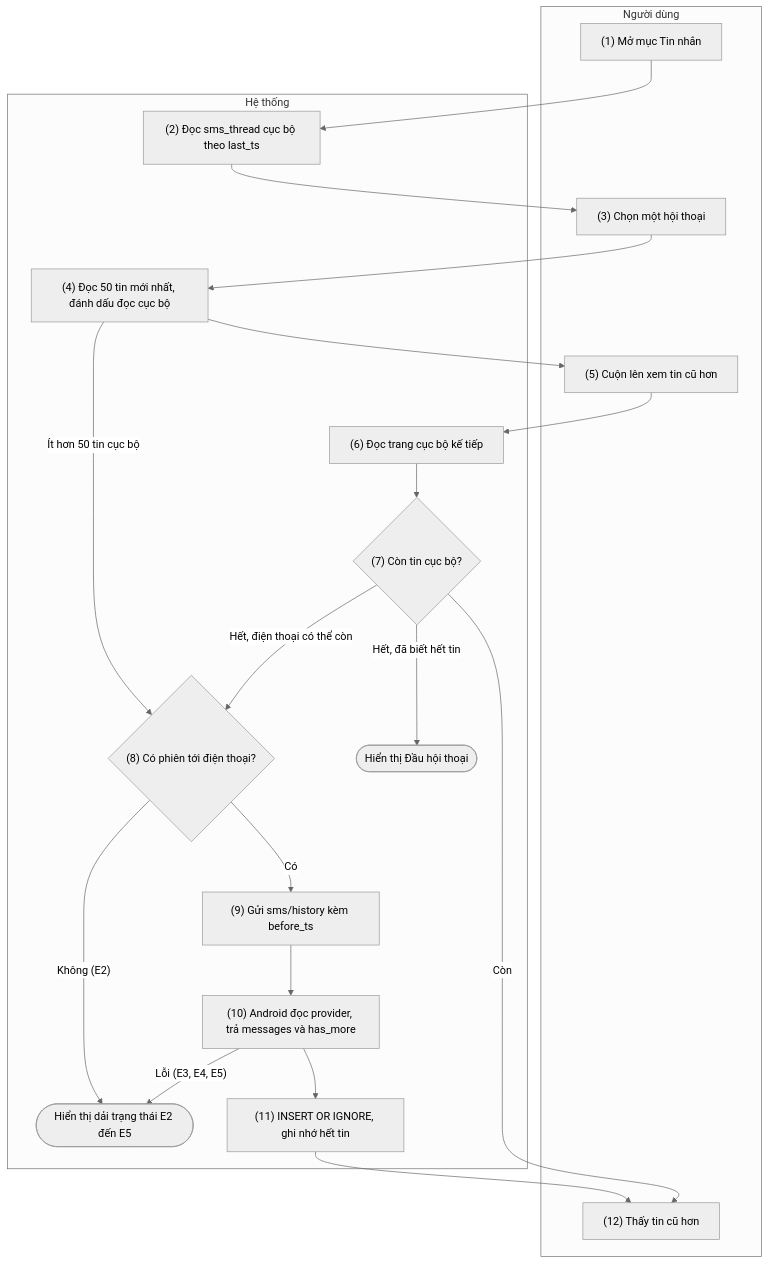
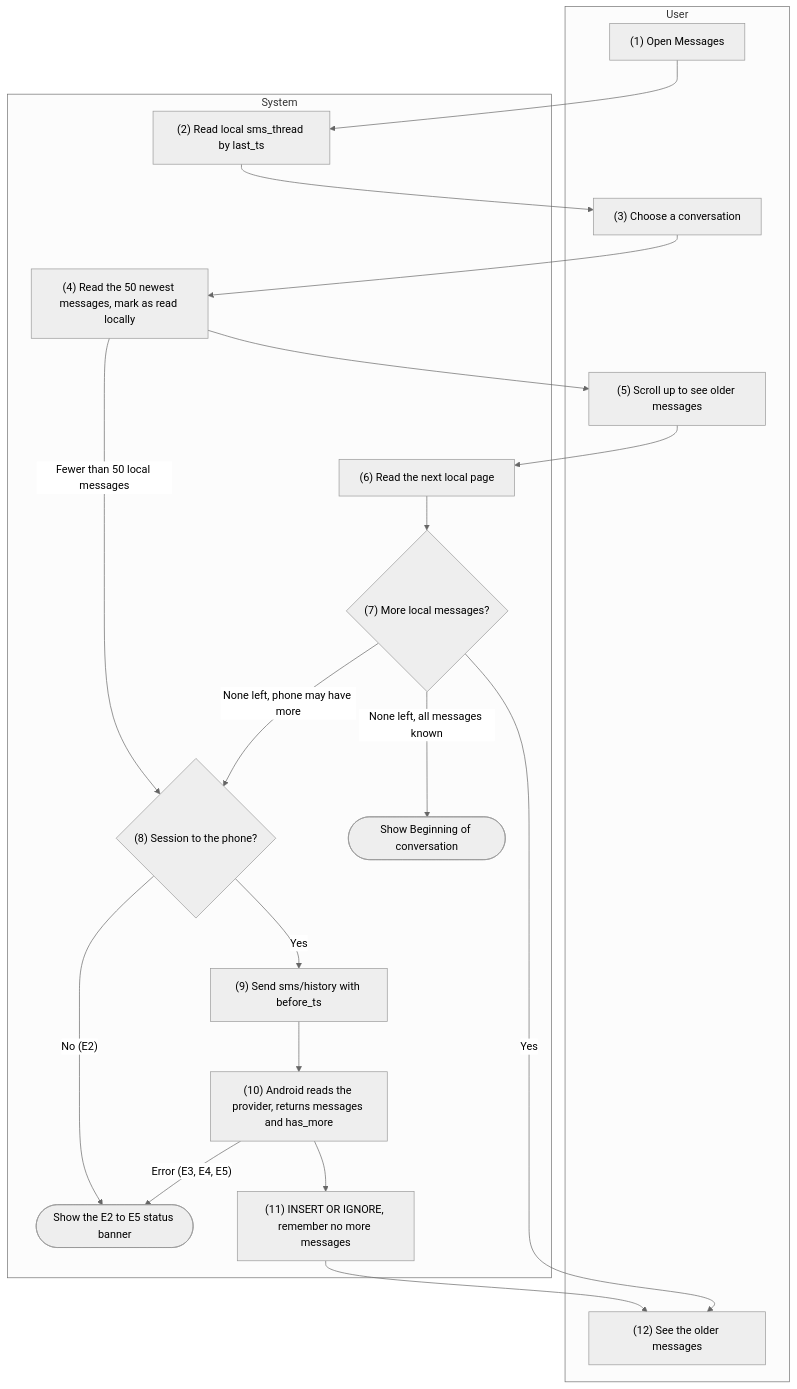
Before and after one commit to HandLive/handlive: the third of 5 diagrams in docs/detailed-design/05-sms.md, drawn with Mermaid (neutral theme). The commit also changed other lines of this file and 1 other file, not shown here.

Commit message:
docs: translate docs/detailed-design/05-sms.md into English

````diff
--- a/docs/detailed-design/05-sms.md
+++ b/docs/detailed-design/05-sms.md
@@ -638,29 +652,29 @@
 ```mermaid
 flowchart TB
-  subgraph ND["Người dùng"]
-    U1["(1) Mở mục Tin nhắn"]
-    U3["(3) Chọn một hội thoại"]
-    U5["(5) Cuộn lên xem tin cũ hơn"]
-    U12["(12) Thấy tin cũ hơn"]
+  subgraph ND["User"]
+    U1["(1) Open Messages"]
+    U3["(3) Choose a conversation"]
+    U5["(5) Scroll up to see older messages"]
+    U12["(12) See the older messages"]
   end
-  subgraph HT["Hệ thống"]
-    S2["(2) Đọc sms_thread cục bộ theo last_ts"]
-    S4["(4) Đọc 50 tin mới nhất, đánh dấu đọc cục bộ"]
-    S6["(6) Đọc trang cục bộ kế tiếp"]
-    D7{"(7) Còn tin cục bộ?"}
-    D8{"(8) Có phiên tới điện thoại?"}
-    S9["(9) Gửi sms/history kèm before_ts"]
-    S10["(10) Android đọc provider, trả messages và has_more"]
-    S11["(11) INSERT OR IGNORE, ghi nhớ hết tin"]
-    X1(["Hiển thị dải trạng thái E2 đến E5"])
-    X2(["Hiển thị Đầu hội thoại"])
+  subgraph HT["System"]
+    S2["(2) Read local sms_thread by last_ts"]
+    S4["(4) Read the 50 newest messages, mark as read locally"]
+    S6["(6) Read the next local page"]
+    D7{"(7) More local messages?"}
+    D8{"(8) Session to the phone?"}
+    S9["(9) Send sms/history with before_ts"]
+    S10["(10) Android reads the provider, returns messages and has_more"]
+    S11["(11) INSERT OR IGNORE, remember no more messages"]
+    X1(["Show the E2 to E5 status banner"])
+    X2(["Show Beginning of conversation"])
   end
   U1 --> S2 --> U3 --> S4 --> U5 --> S6 --> D7
-  S4 -- "Ít hơn 50 tin cục bộ" --> D8
-  D7 -- "Còn" --> U12
-  D7 -- "Hết, đã biết hết tin" --> X2
-  D7 -- "Hết, điện thoại có thể còn" --> D8
-  D8 -- "Có" --> S9 --> S10 --> S11 --> U12
-  D8 -- "Không (E2)" --> X1
-  S10 -- "Lỗi (E3, E4, E5)" --> X1
+  S4 -- "Fewer than 50 local messages" --> D8
+  D7 -- "Yes" --> U12
+  D7 -- "None left, all messages known" --> X2
+  D7 -- "None left, phone may have more" --> D8
+  D8 -- "Yes" --> S9 --> S10 --> S11 --> U12
+  D8 -- "No (E2)" --> X1
+  S10 -- "Error (E3, E4, E5)" --> X1
 ```
````
